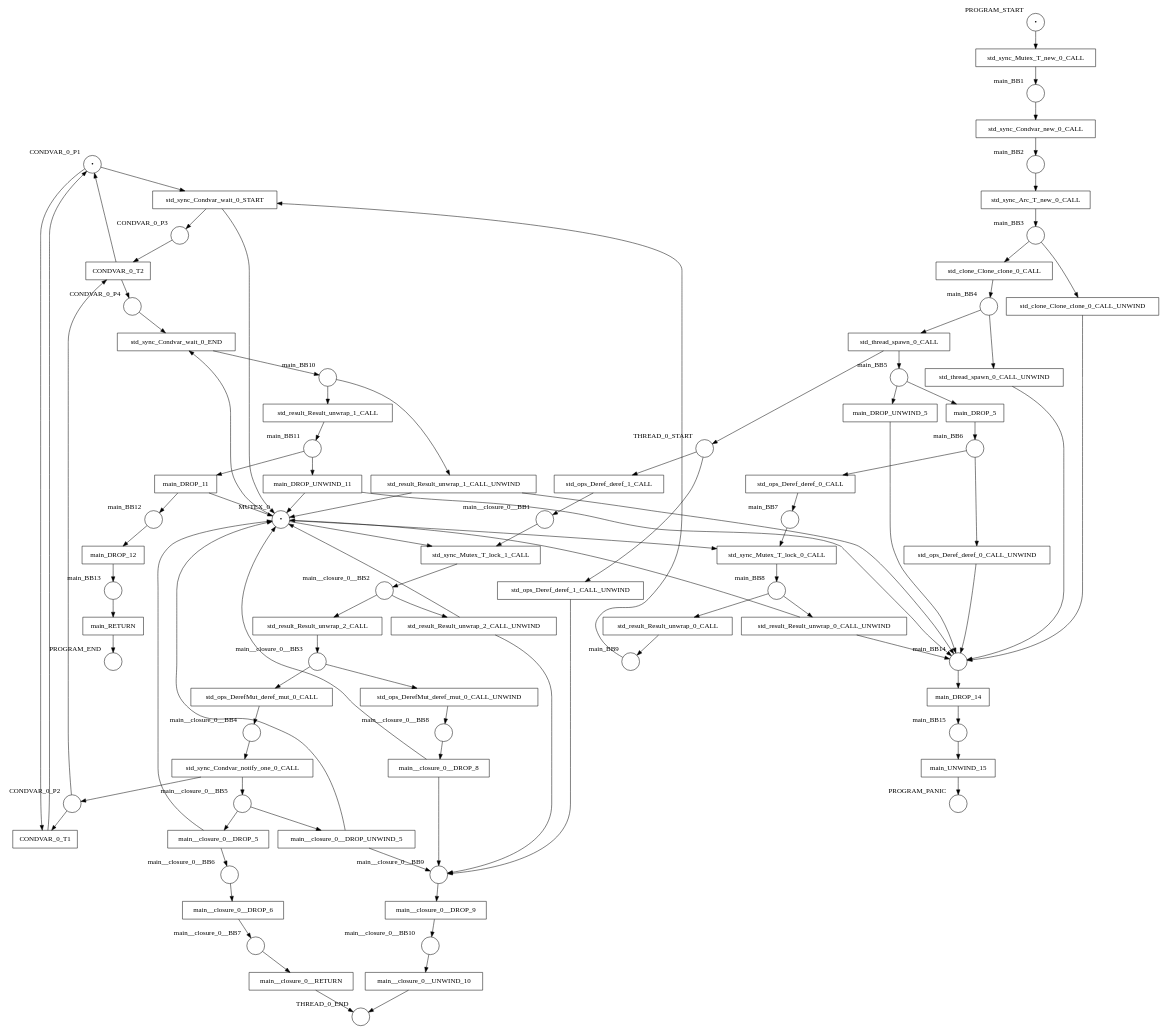
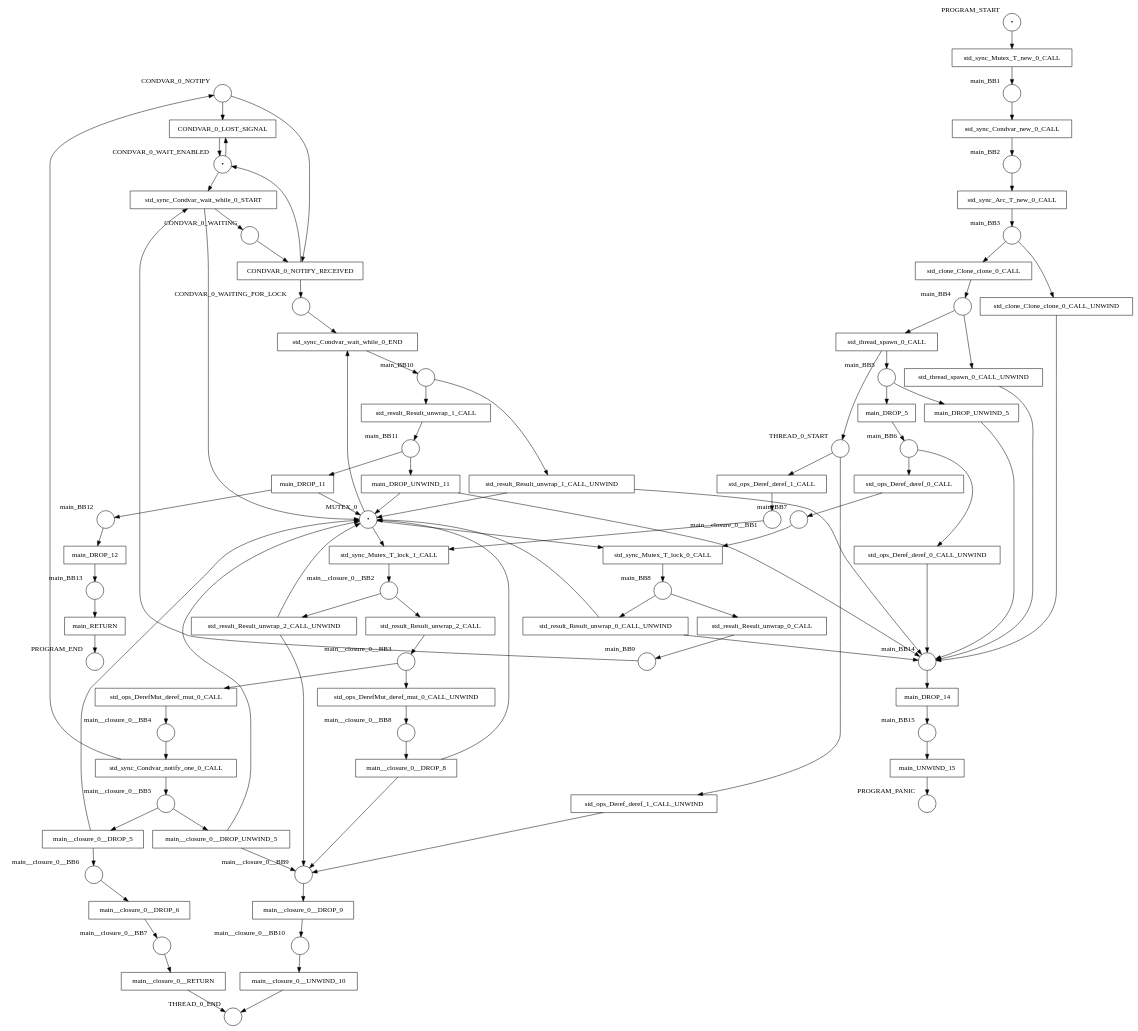
One commit to hlisdero/cargo-check-deadlock changed the diagram in examples/results/condvar/wait_while/net.dot. Above: the diagram before and after it, drawn with Graphviz. The commit also changed 13 other files, not shown here.

```diff
--- a/examples/results/condvar/wait_while/net.dot
+++ b/examples/results/condvar/wait_while/net.dot
@@ -1,178 +1,178 @@
 digraph petrinet {
-    CONDVAR_0_P1 [shape="circle" xlabel="CONDVAR_0_P1" label="•"];
-    CONDVAR_0_P2 [shape="circle" xlabel="CONDVAR_0_P2" label=""];
-    CONDVAR_0_P3 [shape="circle" xlabel="CONDVAR_0_P3" label=""];
-    CONDVAR_0_P4 [shape="circle" xlabel="CONDVAR_0_P4" label=""];
+    CONDVAR_0_NOTIFY [shape="circle" xlabel="CONDVAR_0_NOTIFY" label=""];
+    CONDVAR_0_WAITING [shape="circle" xlabel="CONDVAR_0_WAITING" label=""];
+    CONDVAR_0_WAITING_FOR_LOCK [shape="circle" xlabel="CONDVAR_0_WAITING_FOR_LOCK" label=""];
+    CONDVAR_0_WAIT_ENABLED [shape="circle" xlabel="CONDVAR_0_WAIT_ENABLED" label="•"];
     MUTEX_0 [shape="circle" xlabel="MUTEX_0" label="•"];
     PROGRAM_END [shape="circle" xlabel="PROGRAM_END" label=""];
     PROGRAM_PANIC [shape="circle" xlabel="PROGRAM_PANIC" label=""];
     PROGRAM_START [shape="circle" xlabel="PROGRAM_START" label="•"];
     THREAD_0_END [shape="circle" xlabel="THREAD_0_END" label=""];
     THREAD_0_START [shape="circle" xlabel="THREAD_0_START" label=""];
     main_BB1 [shape="circle" xlabel="main_BB1" label=""];
     main_BB10 [shape="circle" xlabel="main_BB10" label=""];
     main_BB11 [shape="circle" xlabel="main_BB11" label=""];
     main_BB12 [shape="circle" xlabel="main_BB12" label=""];
     main_BB13 [shape="circle" xlabel="main_BB13" label=""];
     main_BB14 [shape="circle" xlabel="main_BB14" label=""];
     main_BB15 [shape="circle" xlabel="main_BB15" label=""];
     main_BB2 [shape="circle" xlabel="main_BB2" label=""];
     main_BB3 [shape="circle" xlabel="main_BB3" label=""];
     main_BB4 [shape="circle" xlabel="main_BB4" label=""];
     main_BB5 [shape="circle" xlabel="main_BB5" label=""];
     main_BB6 [shape="circle" xlabel="main_BB6" label=""];
     main_BB7 [shape="circle" xlabel="main_BB7" label=""];
     main_BB8 [shape="circle" xlabel="main_BB8" label=""];
     main_BB9 [shape="circle" xlabel="main_BB9" label=""];
     main__closure_0__BB1 [shape="circle" xlabel="main__closure_0__BB1" label=""];
     main__closure_0__BB10 [shape="circle" xlabel="main__closure_0__BB10" label=""];
     main__closure_0__BB2 [shape="circle" xlabel="main__closure_0__BB2" label=""];
     main__closure_0__BB3 [shape="circle" xlabel="main__closure_0__BB3" label=""];
     main__closure_0__BB4 [shape="circle" xlabel="main__closure_0__BB4" label=""];
     main__closure_0__BB5 [shape="circle" xlabel="main__closure_0__BB5" label=""];
     main__closure_0__BB6 [shape="circle" xlabel="main__closure_0__BB6" label=""];
     main__closure_0__BB7 [shape="circle" xlabel="main__closure_0__BB7" label=""];
     main__closure_0__BB8 [shape="circle" xlabel="main__closure_0__BB8" label=""];
     main__closure_0__BB9 [shape="circle" xlabel="main__closure_0__BB9" label=""];
-    CONDVAR_0_T1 [shape="box" xlabel="" label="CONDVAR_0_T1"];
-    CONDVAR_0_T2 [shape="box" xlabel="" label="CONDVAR_0_T2"];
+    CONDVAR_0_LOST_SIGNAL [shape="box" xlabel="" label="CONDVAR_0_LOST_SIGNAL"];
+    CONDVAR_0_NOTIFY_RECEIVED [shape="box" xlabel="" label="CONDVAR_0_NOTIFY_RECEIVED"];
     main_DROP_11 [shape="box" xlabel="" label="main_DROP_11"];
     main_DROP_12 [shape="box" xlabel="" label="main_DROP_12"];
     main_DROP_14 [shape="box" xlabel="" label="main_DROP_14"];
     main_DROP_5 [shape="box" xlabel="" label="main_DROP_5"];
     main_DROP_UNWIND_11 [shape="box" xlabel="" label="main_DROP_UNWIND_11"];
     main_DROP_UNWIND_5 [shape="box" xlabel="" label="main_DROP_UNWIND_5"];
     main_RETURN [shape="box" xlabel="" label="main_RETURN"];
     main_UNWIND_15 [shape="box" xlabel="" label="main_UNWIND_15"];
     main__closure_0__DROP_5 [shape="box" xlabel="" label="main__closure_0__DROP_5"];
     main__closure_0__DROP_6 [shape="box" xlabel="" label="main__closure_0__DROP_6"];
     main__closure_0__DROP_8 [shape="box" xlabel="" label="main__closure_0__DROP_8"];
     main__closure_0__DROP_9 [shape="box" xlabel="" label="main__closure_0__DROP_9"];
     main__closure_0__DROP_UNWIND_5 [shape="box" xlabel="" label="main__closure_0__DROP_UNWIND_5"];
     main__closure_0__RETURN [shape="box" xlabel="" label="main__closure_0__RETURN"];
     main__closure_0__UNWIND_10 [shape="box" xlabel="" label="main__closure_0__UNWIND_10"];
     std_clone_Clone_clone_0_CALL [shape="box" xlabel="" label="std_clone_Clone_clone_0_CALL"];
     std_clone_Clone_clone_0_CALL_UNWIND [shape="box" xlabel="" label="std_clone_Clone_clone_0_CALL_UNWIND"];
     std_ops_DerefMut_deref_mut_0_CALL [shape="box" xlabel="" label="std_ops_DerefMut_deref_mut_0_CALL"];
     std_ops_DerefMut_deref_mut_0_CALL_UNWIND [shape="box" xlabel="" label="std_ops_DerefMut_deref_mut_0_CALL_UNWIND"];
     std_ops_Deref_deref_0_CALL [shape="box" xlabel="" label="std_ops_Deref_deref_0_CALL"];
     std_ops_Deref_deref_0_CALL_UNWIND [shape="box" xlabel="" label="std_ops_Deref_deref_0_CALL_UNWIND"];
     std_ops_Deref_deref_1_CALL [shape="box" xlabel="" label="std_ops_Deref_deref_1_CALL"];
     std_ops_Deref_deref_1_CALL_UNWIND [shape="box" xlabel="" label="std_ops_Deref_deref_1_CALL_UNWIND"];
     std_result_Result_unwrap_0_CALL [shape="box" xlabel="" label="std_result_Result_unwrap_0_CALL"];
     std_result_Result_unwrap_0_CALL_UNWIND [shape="box" xlabel="" label="std_result_Result_unwrap_0_CALL_UNWIND"];
     std_result_Result_unwrap_1_CALL [shape="box" xlabel="" label="std_result_Result_unwrap_1_CALL"];
     std_result_Result_unwrap_1_CALL_UNWIND [shape="box" xlabel="" label="std_result_Result_unwrap_1_CALL_UNWIND"];
     std_result_Result_unwrap_2_CALL [shape="box" xlabel="" label="std_result_Result_unwrap_2_CALL"];
     std_result_Result_unwrap_2_CALL_UNWIND [shape="box" xlabel="" label="std_result_Result_unwrap_2_CALL_UNWIND"];
     std_sync_Arc_T_new_0_CALL [shape="box" xlabel="" label="std_sync_Arc_T_new_0_CALL"];
     std_sync_Condvar_new_0_CALL [shape="box" xlabel="" label="std_sync_Condvar_new_0_CALL"];
     std_sync_Condvar_notify_one_0_CALL [shape="box" xlabel="" label="std_sync_Condvar_notify_one_0_CALL"];
-    std_sync_Condvar_wait_0_END [shape="box" xlabel="" label="std_sync_Condvar_wait_0_END"];
-    std_sync_Condvar_wait_0_START [shape="box" xlabel="" label="std_sync_Condvar_wait_0_START"];
+    std_sync_Condvar_wait_while_0_END [shape="box" xlabel="" label="std_sync_Condvar_wait_while_0_END"];
+    std_sync_Condvar_wait_while_0_START [shape="box" xlabel="" label="std_sync_Condvar_wait_while_0_START"];
     std_sync_Mutex_T_lock_0_CALL [shape="box" xlabel="" label="std_sync_Mutex_T_lock_0_CALL"];
     std_sync_Mutex_T_lock_1_CALL [shape="box" xlabel="" label="std_sync_Mutex_T_lock_1_CALL"];
     std_sync_Mutex_T_new_0_CALL [shape="box" xlabel="" label="std_sync_Mutex_T_new_0_CALL"];
     std_thread_spawn_0_CALL [shape="box" xlabel="" label="std_thread_spawn_0_CALL"];
     std_thread_spawn_0_CALL_UNWIND [shape="box" xlabel="" label="std_thread_spawn_0_CALL_UNWIND"];
-    CONDVAR_0_P1 -> CONDVAR_0_T1;
-    CONDVAR_0_P1 -> std_sync_Condvar_wait_0_START;
-    CONDVAR_0_P2 -> CONDVAR_0_T1;
-    CONDVAR_0_P2 -> CONDVAR_0_T2;
-    CONDVAR_0_P3 -> CONDVAR_0_T2;
-    CONDVAR_0_P4 -> std_sync_Condvar_wait_0_END;
-    MUTEX_0 -> std_sync_Condvar_wait_0_END;
+    CONDVAR_0_NOTIFY -> CONDVAR_0_LOST_SIGNAL;
+    CONDVAR_0_NOTIFY -> CONDVAR_0_NOTIFY_RECEIVED;
+    CONDVAR_0_WAITING -> CONDVAR_0_NOTIFY_RECEIVED;
+    CONDVAR_0_WAITING_FOR_LOCK -> std_sync_Condvar_wait_while_0_END;
+    CONDVAR_0_WAIT_ENABLED -> CONDVAR_0_LOST_SIGNAL;
+    CONDVAR_0_WAIT_ENABLED -> std_sync_Condvar_wait_while_0_START;
+    MUTEX_0 -> std_sync_Condvar_wait_while_0_END;
     MUTEX_0 -> std_sync_Mutex_T_lock_0_CALL;
     MUTEX_0 -> std_sync_Mutex_T_lock_1_CALL;
     PROGRAM_START -> std_sync_Mutex_T_new_0_CALL;
     THREAD_0_START -> std_ops_Deref_deref_1_CALL;
     THREAD_0_START -> std_ops_Deref_deref_1_CALL_UNWIND;
     main_BB1 -> std_sync_Condvar_new_0_CALL;
     main_BB10 -> std_result_Result_unwrap_1_CALL;
     main_BB10 -> std_result_Result_unwrap_1_CALL_UNWIND;
     main_BB11 -> main_DROP_11;
     main_BB11 -> main_DROP_UNWIND_11;
     main_BB12 -> main_DROP_12;
     main_BB13 -> main_RETURN;
     main_BB14 -> main_DROP_14;
     main_BB15 -> main_UNWIND_15;
     main_BB2 -> std_sync_Arc_T_new_0_CALL;
     main_BB3 -> std_clone_Clone_clone_0_CALL;
     main_BB3 -> std_clone_Clone_clone_0_CALL_UNWIND;
     main_BB4 -> std_thread_spawn_0_CALL;
     main_BB4 -> std_thread_spawn_0_CALL_UNWIND;
     main_BB5 -> main_DROP_5;
     main_BB5 -> main_DROP_UNWIND_5;
     main_BB6 -> std_ops_Deref_deref_0_CALL;
     main_BB6 -> std_ops_Deref_deref_0_CALL_UNWIND;
     main_BB7 -> std_sync_Mutex_T_lock_0_CALL;
     main_BB8 -> std_result_Result_unwrap_0_CALL;
     main_BB8 -> std_result_Result_unwrap_0_CALL_UNWIND;
-    main_BB9 -> std_sync_Condvar_wait_0_START;
+    main_BB9 -> std_sync_Condvar_wait_while_0_START;
     main__closure_0__BB1 -> std_sync_Mutex_T_lock_1_CALL;
     main__closure_0__BB10 -> main__closure_0__UNWIND_10;
     main__closure_0__BB2 -> std_result_Result_unwrap_2_CALL;
     main__closure_0__BB2 -> std_result_Result_unwrap_2_CALL_UNWIND;
     main__closure_0__BB3 -> std_ops_DerefMut_deref_mut_0_CALL;
     main__closure_0__BB3 -> std_ops_DerefMut_deref_mut_0_CALL_UNWIND;
     main__closure_0__BB4 -> std_sync_Condvar_notify_one_0_CALL;
     main__closure_0__BB5 -> main__closure_0__DROP_5;
     main__closure_0__BB5 -> main__closure_0__DROP_UNWIND_5;
     main__closure_0__BB6 -> main__closure_0__DROP_6;
     main__closure_0__BB7 -> main__closure_0__RETURN;
     main__closure_0__BB8 -> main__closure_0__DROP_8;
     main__closure_0__BB9 -> main__closure_0__DROP_9;
-    CONDVAR_0_T1 -> CONDVAR_0_P1;
-    CONDVAR_0_T2 -> CONDVAR_0_P1;
-    CONDVAR_0_T2 -> CONDVAR_0_P4;
+    CONDVAR_0_LOST_SIGNAL -> CONDVAR_0_WAIT_ENABLED;
+    CONDVAR_0_NOTIFY_RECEIVED -> CONDVAR_0_WAITING_FOR_LOCK;
+    CONDVAR_0_NOTIFY_RECEIVED -> CONDVAR_0_WAIT_ENABLED;
     main_DROP_11 -> MUTEX_0;
     main_DROP_11 -> main_BB12;
     main_DROP_12 -> main_BB13;
     main_DROP_14 -> main_BB15;
     main_DROP_5 -> main_BB6;
     main_DROP_UNWIND_11 -> MUTEX_0;
     main_DROP_UNWIND_11 -> main_BB14;
     main_DROP_UNWIND_5 -> main_BB14;
     main_RETURN -> PROGRAM_END;
     main_UNWIND_15 -> PROGRAM_PANIC;
     main__closure_0__DROP_5 -> MUTEX_0;
     main__closure_0__DROP_5 -> main__closure_0__BB6;
     main__closure_0__DROP_6 -> main__closure_0__BB7;
     main__closure_0__DROP_8 -> MUTEX_0;
     main__closure_0__DROP_8 -> main__closure_0__BB9;
     main__closure_0__DROP_9 -> main__closure_0__BB10;
     main__closure_0__DROP_UNWIND_5 -> MUTEX_0;
     main__closure_0__DROP_UNWIND_5 -> main__closure_0__BB9;
     main__closure_0__RETURN -> THREAD_0_END;
     main__closure_0__UNWIND_10 -> THREAD_0_END;
     std_clone_Clone_clone_0_CALL -> main_BB4;
     std_clone_Clone_clone_0_CALL_UNWIND -> main_BB14;
     std_ops_DerefMut_deref_mut_0_CALL -> main__closure_0__BB4;
     std_ops_DerefMut_deref_mut_0_CALL_UNWIND -> main__closure_0__BB8;
     std_ops_Deref_deref_0_CALL -> main_BB7;
     std_ops_Deref_deref_0_CALL_UNWIND -> main_BB14;
     std_ops_Deref_deref_1_CALL -> main__closure_0__BB1;
     std_ops_Deref_deref_1_CALL_UNWIND -> main__closure_0__BB9;
     std_result_Result_unwrap_0_CALL -> main_BB9;
     std_result_Result_unwrap_0_CALL_UNWIND -> MUTEX_0;
     std_result_Result_unwrap_0_CALL_UNWIND -> main_BB14;
     std_result_Result_unwrap_1_CALL -> main_BB11;
     std_result_Result_unwrap_1_CALL_UNWIND -> MUTEX_0;
     std_result_Result_unwrap_1_CALL_UNWIND -> main_BB14;
     std_result_Result_unwrap_2_CALL -> main__closure_0__BB3;
     std_result_Result_unwrap_2_CALL_UNWIND -> MUTEX_0;
     std_result_Result_unwrap_2_CALL_UNWIND -> main__closure_0__BB9;
     std_sync_Arc_T_new_0_CALL -> main_BB3;
     std_sync_Condvar_new_0_CALL -> main_BB2;
-    std_sync_Condvar_notify_one_0_CALL -> CONDVAR_0_P2;
+    std_sync_Condvar_notify_one_0_CALL -> CONDVAR_0_NOTIFY;
     std_sync_Condvar_notify_one_0_CALL -> main__closure_0__BB5;
-    std_sync_Condvar_wait_0_END -> main_BB10;
-    std_sync_Condvar_wait_0_START -> CONDVAR_0_P3;
-    std_sync_Condvar_wait_0_START -> MUTEX_0;
+    std_sync_Condvar_wait_while_0_END -> main_BB10;
+    std_sync_Condvar_wait_while_0_START -> CONDVAR_0_WAITING;
+    std_sync_Condvar_wait_while_0_START -> MUTEX_0;
     std_sync_Mutex_T_lock_0_CALL -> main_BB8;
     std_sync_Mutex_T_lock_1_CALL -> main__closure_0__BB2;
     std_sync_Mutex_T_new_0_CALL -> main_BB1;
     std_thread_spawn_0_CALL -> THREAD_0_START;
     std_thread_spawn_0_CALL -> main_BB5;
     std_thread_spawn_0_CALL_UNWIND -> main_BB14;
 }
```
